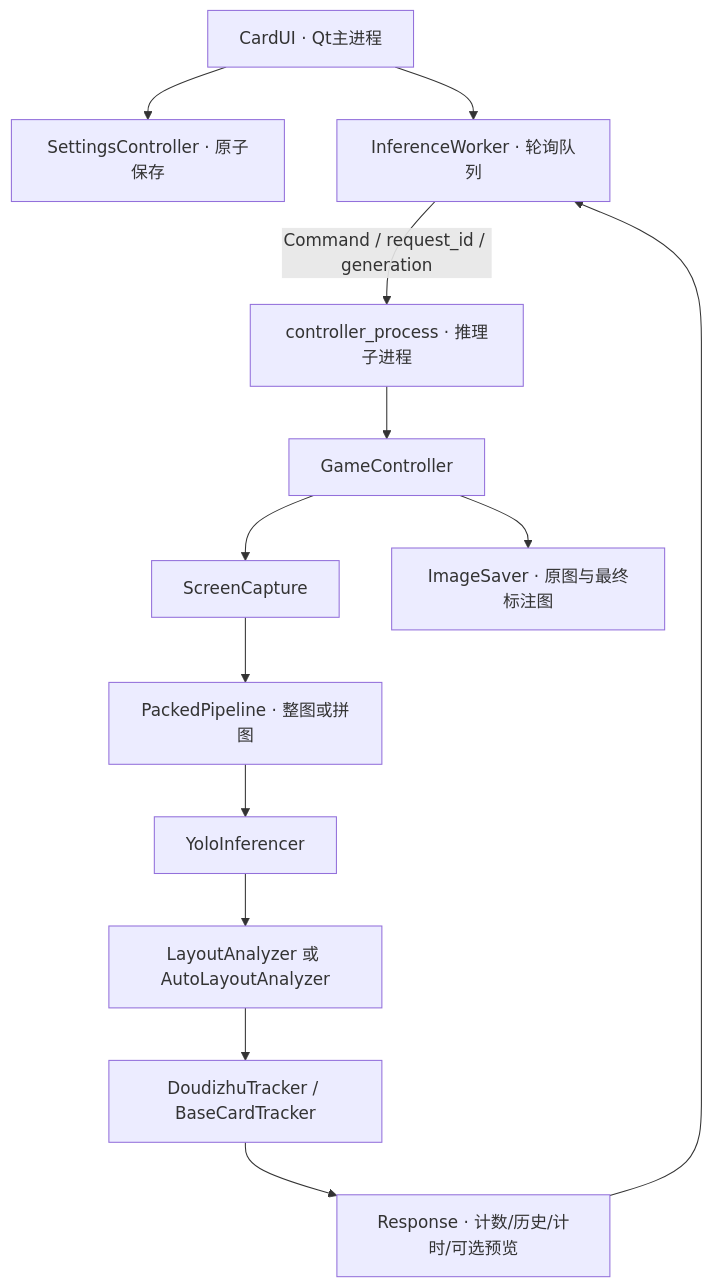
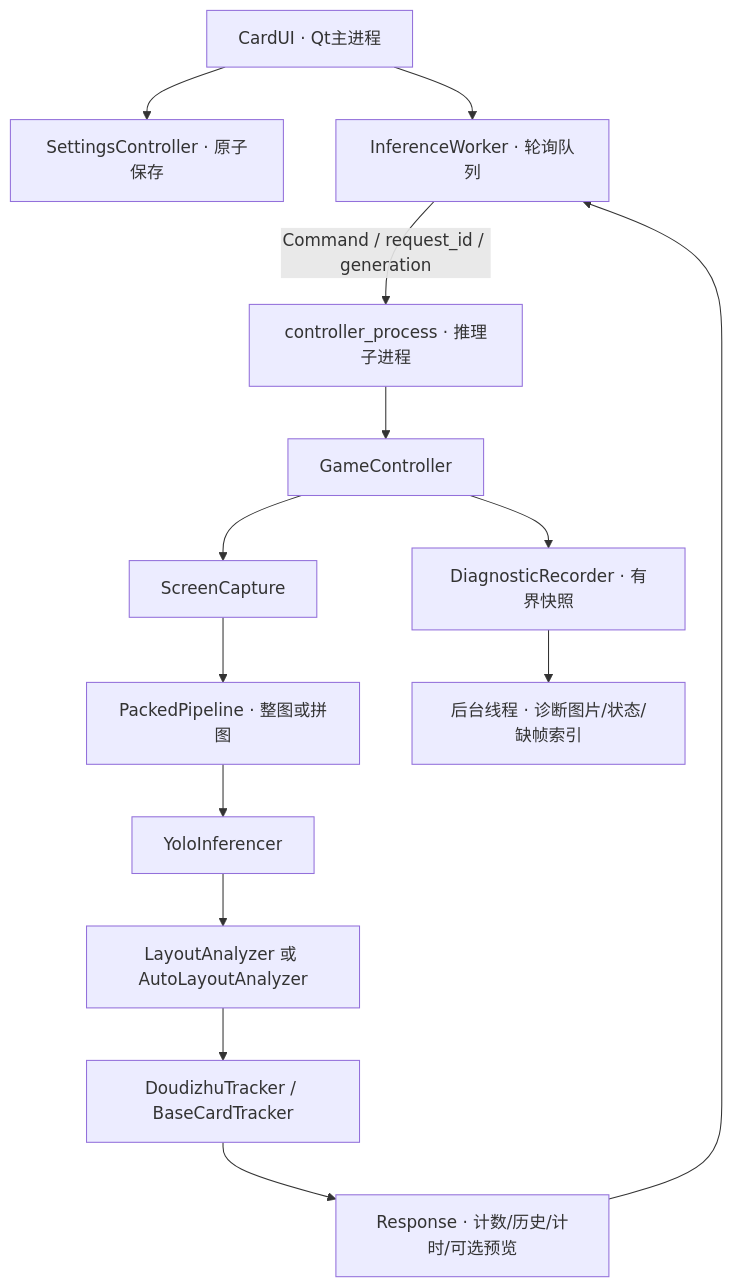
Before and after one commit to hey-three/han-card-tracker: the diagram in docs/架构与数据流.md, drawn with Mermaid. The commit also changed other lines of this file and 35 other files, not shown here.

````diff
--- a/docs/架构与数据流.md
+++ b/docs/架构与数据流.md
@@ -7,15 +7,16 @@
 ```mermaid
 flowchart TD
     UI["CardUI · Qt主进程"] --> Settings["SettingsController · 原子保存"]
     UI --> Worker["InferenceWorker · 轮询队列"]
     Worker -- "Command / request_id / generation" --> Process["controller_process · 推理子进程"]
     Process --> Controller["GameController"]
     Controller --> Capture["ScreenCapture"]
     Capture --> Pack["PackedPipeline · 整图或拼图"]
     Pack --> YOLO["YoloInferencer"]
     YOLO --> Layout["LayoutAnalyzer 或 AutoLayoutAnalyzer"]
     Layout --> Tracker["DoudizhuTracker / BaseCardTracker"]
     Tracker --> Result["Response · 计数/历史/计时/可选预览"]
     Result --> Worker
-    Controller --> Saver["ImageSaver · 原图与最终标注图"]
+    Controller --> Recorder["DiagnosticRecorder · 有界快照"]
+    Recorder --> Writer["后台线程 · 诊断图片/状态/缺帧索引"]
 ```
````
